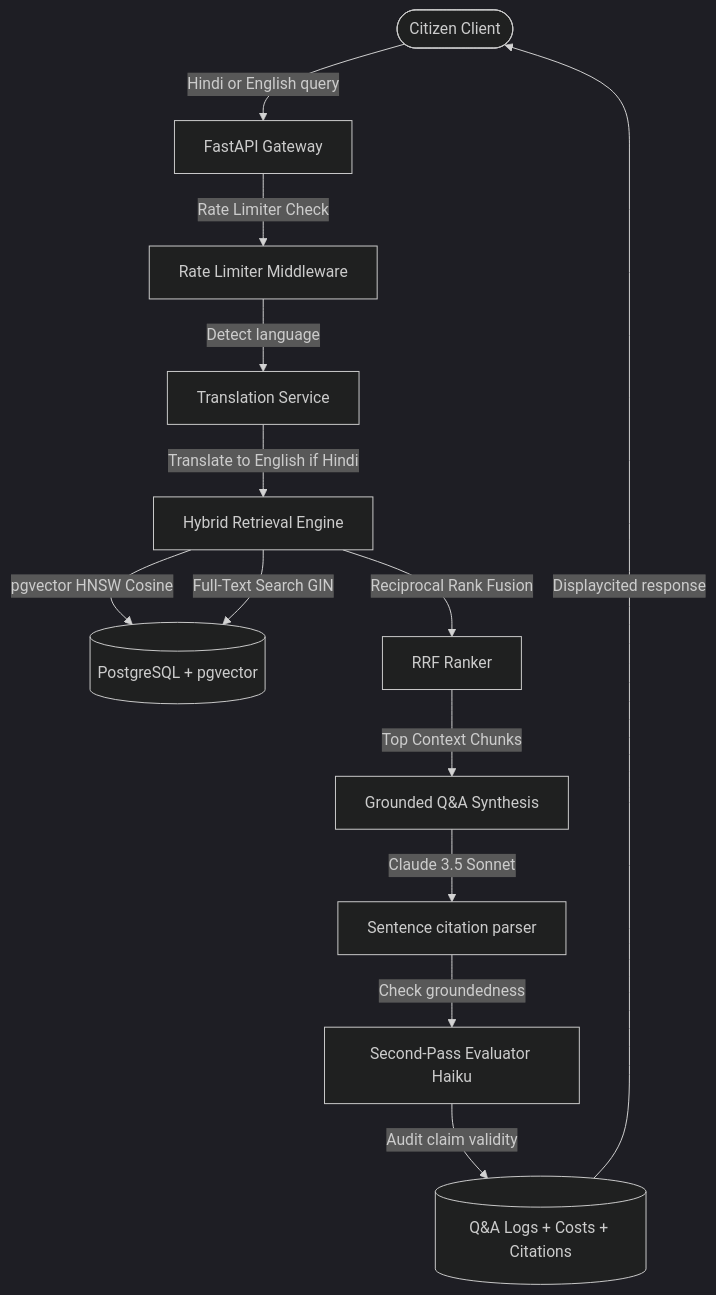
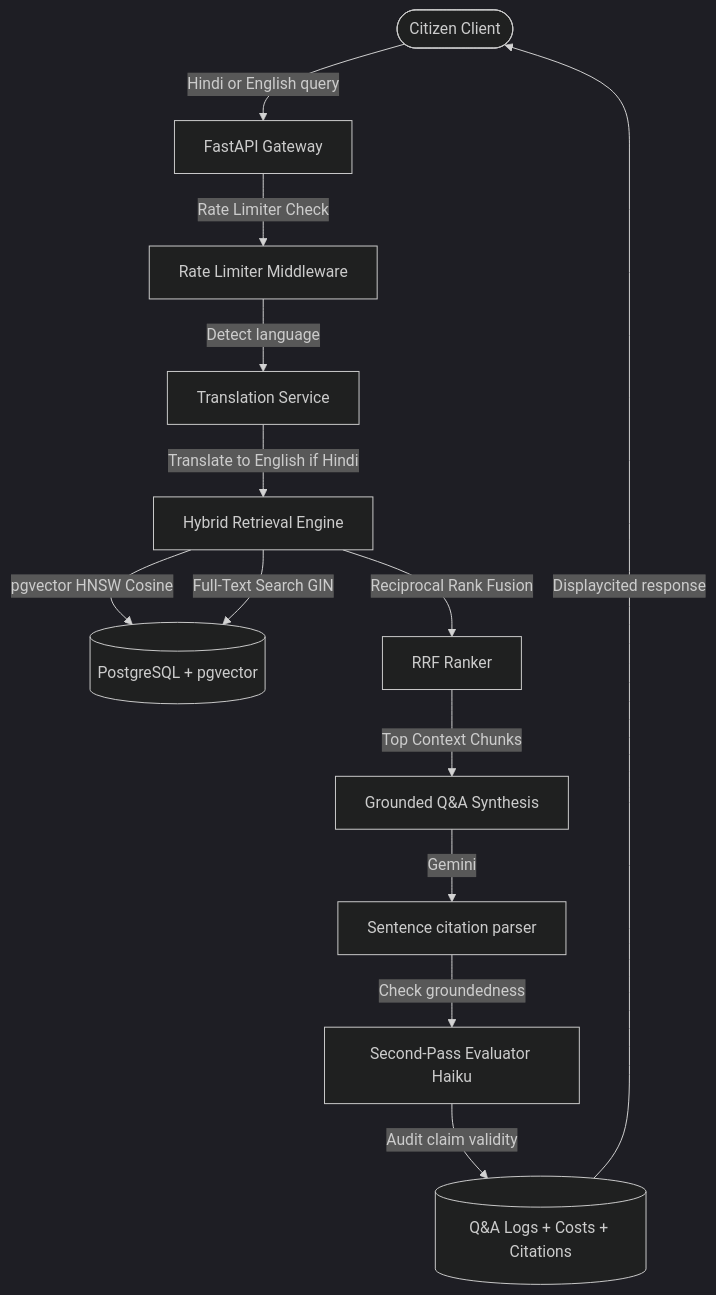
The diagram in README.md (Pushpam0123/Sahayak-Govt-Scheme), drawn with Mermaid (dark theme) before and after one commit. The commit also changed other lines of this file and 17 other files, not shown here.

````diff
--- a/README.md
+++ b/README.md
@@ -22,15 +22,15 @@
 ```mermaid
 graph TD
     User([Citizen Client]) -->|Hindi or English query| API[FastAPI Gateway]
     API -->|Rate Limiter Check| RL[Rate Limiter Middleware]
     RL -->|Detect language| Trans[Translation Service]
     Trans -->|Translate to English if Hindi| Retriever[Hybrid Retrieval Engine]
     Retriever -->|pgvector HNSW Cosine| DB[(PostgreSQL + pgvector)]
     Retriever -->|Full-Text Search GIN| DB
     Retriever -->|Reciprocal Rank Fusion| RRF[RRF Ranker]
     RRF -->|Top Context Chunks| QA[Grounded Q&A Synthesis]
-    QA -->|Claude 3.5 Sonnet| Sentences[Sentence citation parser]
+    QA -->|Gemini| Sentences[Sentence citation parser]
     Sentences -->|Check groundedness| Judge[Second-Pass Evaluator Haiku]
     Judge -->|Audit claim validity| Log[(Q&A Logs + Costs + Citations)]
     Log -->|Displaycited response| User
 ```
````
